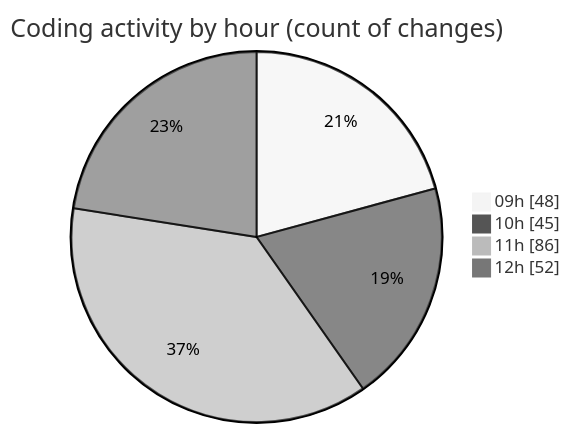
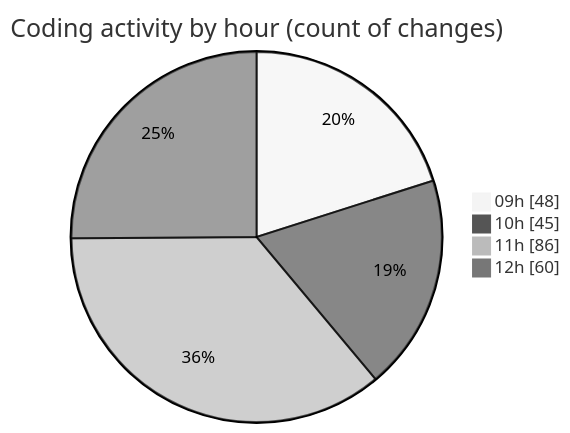
The second of 2 diagrams in 2025-03-14/cda/README.md (momahboobian/code-tracking), drawn with Mermaid (neutral theme) before and after one commit. The commit also changed other lines of this file and 1 other file, not shown here.

````diff
--- a/2025-03-14/cda/README.md
+++ b/2025-03-14/cda/README.md
@@ -45,8 +45,8 @@
 ```mermaid
 pie showData
 title Coding activity by hour (count of changes)
 "09h" : 48
 "10h" : 45
 "11h" : 86
-"12h" : 52
+"12h" : 60
 ```
````
